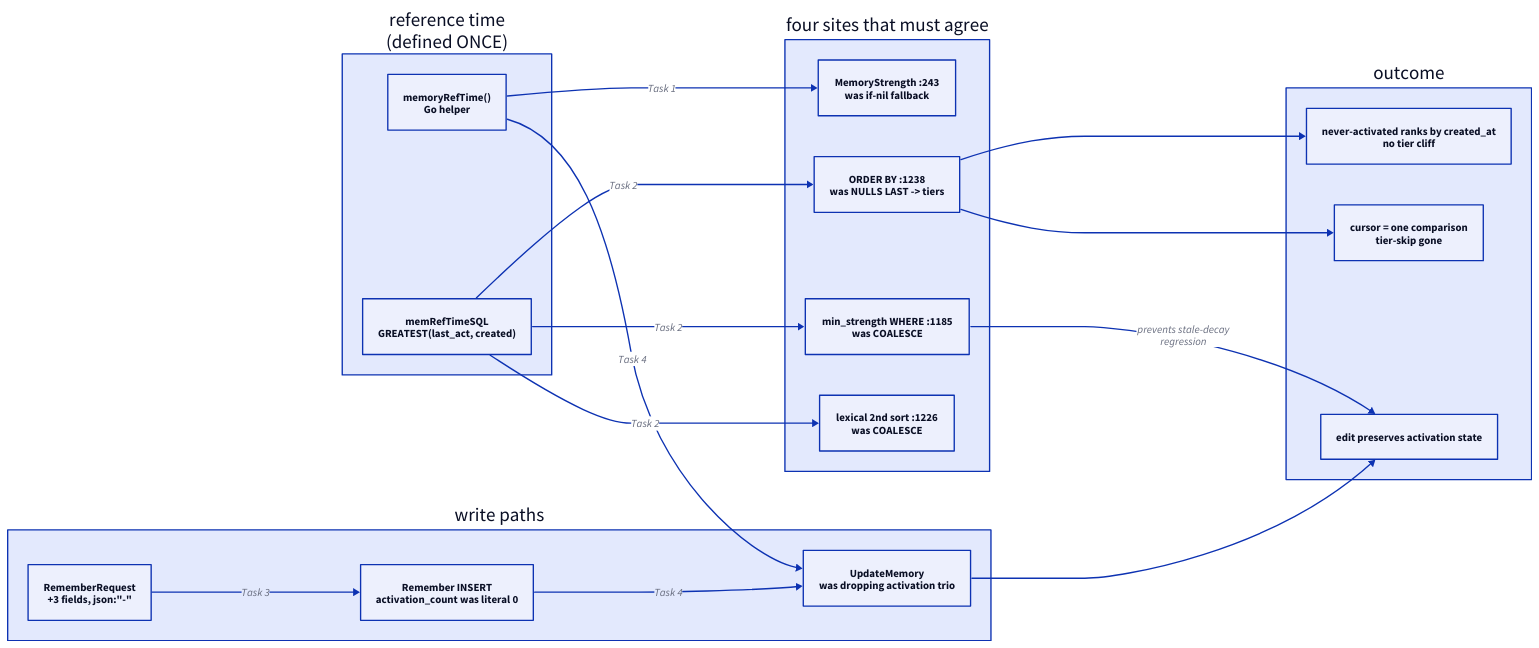
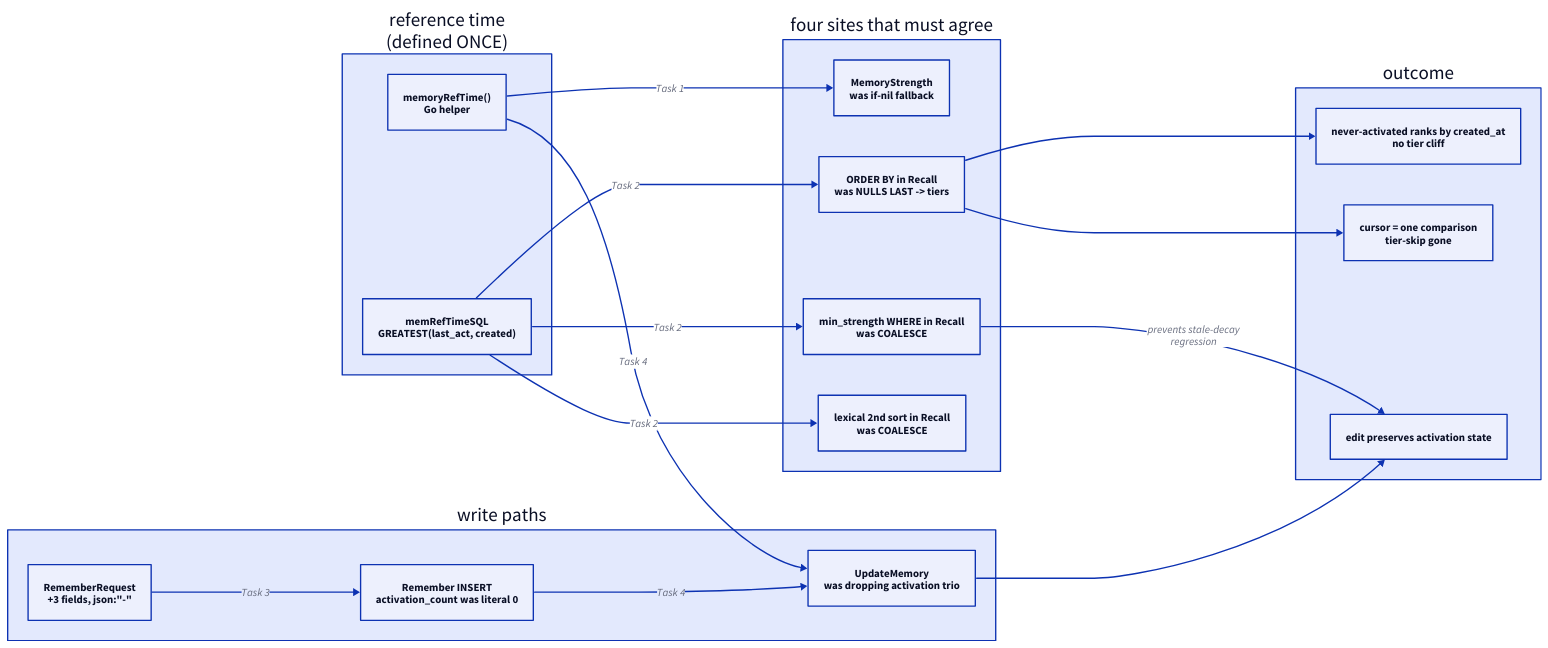
One commit to GMISWE/ieops-aihub changed the diagram in docs/superpowers/archive/2026-08-06-memory-recall-ranking-plan.md. Above: the diagram before and after it, drawn with D2. The commit also changed 5 other files, not shown here.

````diff
--- a/docs/superpowers/archive/2026-08-06-memory-recall-ranking-plan.md
+++ b/docs/superpowers/archive/2026-08-06-memory-recall-ranking-plan.md
@@ -68,41 +68,41 @@
 ```d2
 direction: right
 
 concept: "reference time\n(defined ONCE)" {
   go: "memoryRefTime()\nGo helper"
   sql: "memRefTimeSQL\nGREATEST(last_act, created)"
 }
 
 sites: "four sites that must agree" {
-  s1: "ORDER BY  :1238\nwas NULLS LAST -> tiers"
-  s2: "min_strength WHERE  :1185\nwas COALESCE"
-  s3: "lexical 2nd sort  :1226\nwas COALESCE"
-  s4: "MemoryStrength  :243\nwas if-nil fallback"
+  s1: "ORDER BY in Recall\nwas NULLS LAST -> tiers"
+  s2: "min_strength WHERE in Recall\nwas COALESCE"
+  s3: "lexical 2nd sort in Recall\nwas COALESCE"
+  s4: "MemoryStrength\nwas if-nil fallback"
 }
 
 writes: "write paths" {
   rr: "RememberRequest\n+3 fields, json:\"-\""
   ins: "Remember INSERT\nactivation_count was literal 0"
   upd: "UpdateMemory\nwas dropping activation trio"
 }
 
 out: "outcome" {
   rank: "never-activated ranks by created_at\nno tier cliff"
   keep: "edit preserves activation state"
   cur: "cursor = one comparison\ntier-skip gone"
 }
 
 concept.go -> sites.s4: "Task 1"
 concept.sql -> sites.s1: "Task 2"
 concept.sql -> sites.s2: "Task 2"
 concept.sql -> sites.s3: "Task 2"
 concept.go -> writes.upd: "Task 4"
 
 writes.rr -> writes.ins: "Task 3"
 writes.ins -> writes.upd: "Task 4"
 
 sites.s1 -> out.rank
 sites.s1 -> out.cur
 writes.upd -> out.keep
 sites.s2 -> out.keep: "prevents stale-decay\nregression"
 ```
````
